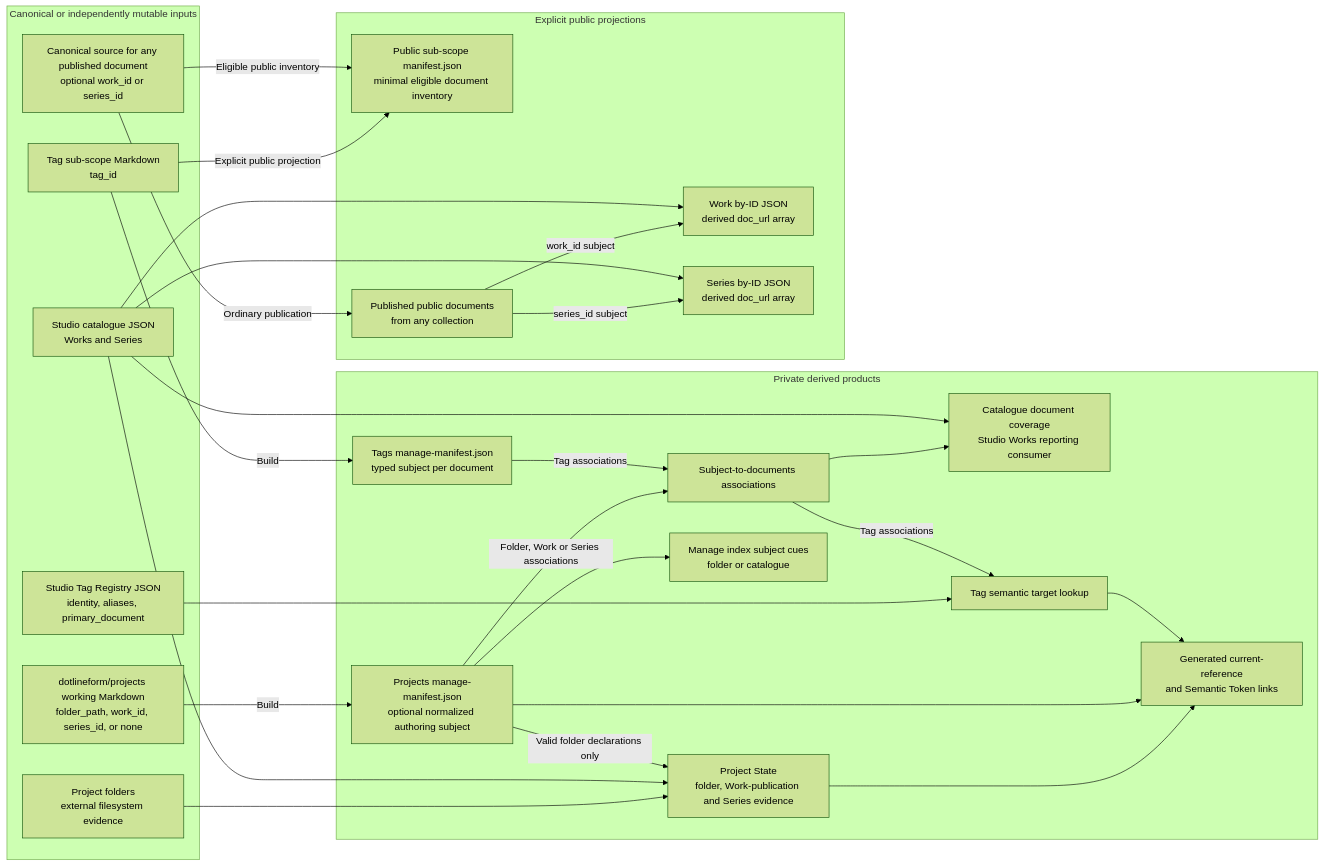
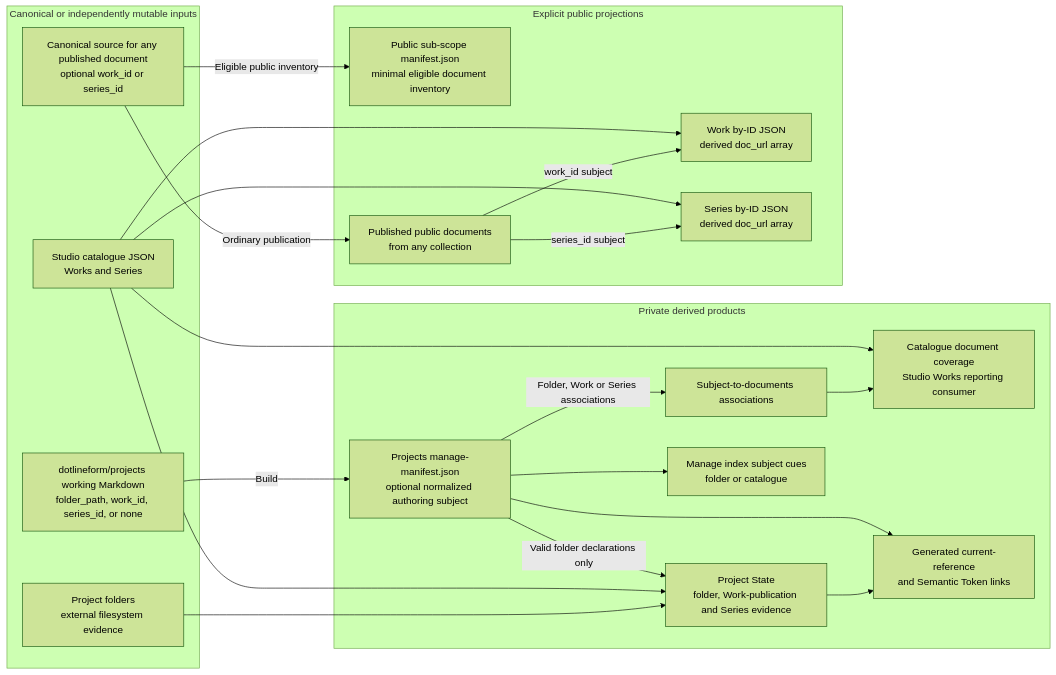
One commit to dotlineform/dotlineform-site changed the first of 2 diagrams in docs-viewer/scopes/studio/source/documents/d-20260802-194358-7717ee.md. Above: the diagram before and after it, drawn with Mermaid (forest theme). The commit also changed other lines of this file and 38 other files, not shown here.

````diff
--- a/docs-viewer/scopes/studio/source/documents/d-20260802-194358-7717ee.md
+++ b/docs-viewer/scopes/studio/source/documents/d-20260802-194358-7717ee.md
@@ -21,55 +21,45 @@
 ```mermaid
 flowchart LR
     accTitle: Sub-Scope Publishing ownership and projection map
     accDescr: Canonical document source, canonical Studio JSON, and external folder evidence feed private manifests and focused products; documents published through ordinary configured workflows enter explicit public projections.
 
     subgraph inputs["Canonical or independently mutable inputs"]
         folders["Project folders<br/>external filesystem evidence"]
         projectDocs["dotlineform/projects working Markdown<br/>folder_path, work_id, series_id, or none"]
-        tagDocs["Tag sub-scope Markdown<br/>tag_id"]
         publicSourceDocs["Canonical source for any published document<br/>optional work_id or series_id"]
         catalogue["Studio catalogue JSON<br/>Works and Series"]
-        registry["Studio Tag Registry JSON<br/>identity, aliases, primary_document"]
     end
 
     subgraph private["Private derived products"]
         projectManifest["Projects manage-manifest.json<br/>optional normalized authoring subject"]
-        tagManifest["Tags manage-manifest.json<br/>typed subject per document"]
         associations["Subject-to-documents associations"]
         projectState["Project State<br/>folder, Work-publication and Series evidence"]
         manageCues["Manage index subject cues<br/>folder or catalogue"]
         coverageReport["Catalogue document coverage<br/>Studio Works reporting consumer"]
-        tagTargets["Tag semantic target lookup"]
         resolved["Generated current-reference<br/>and Semantic Token links"]
     end
 
     subgraph public["Explicit public projections"]
         publicManifest["Public sub-scope manifest.json<br/>minimal eligible document inventory"]
         publishedDocs["Published public documents<br/>from any collection"]
         workPayload["Work by-ID JSON<br/>derived doc_url array"]
         seriesPayload["Series by-ID JSON<br/>derived doc_url array"]
     end
 
     projectDocs -->|"Build"| projectManifest
-    tagDocs -->|"Build"| tagManifest
     projectManifest -->|"Folder, Work or Series associations"| associations
-    tagManifest -->|"Tag associations"| associations
     folders --> projectState
     catalogue --> projectState
     projectManifest -->|"Valid folder declarations only"| projectState
     projectState --> resolved
     projectManifest --> manageCues
     projectManifest --> resolved
     associations --> coverageReport
     catalogue --> coverageReport
-    registry --> tagTargets
-    associations -->|"Tag associations"| tagTargets
-    tagTargets --> resolved
-    tagDocs -->|"Explicit public projection"| publicManifest
     publicSourceDocs -->|"Eligible public inventory"| publicManifest
     publicSourceDocs -->|"Ordinary publication"| publishedDocs
     publishedDocs -->|"work_id subject"| workPayload
     publishedDocs -->|"series_id subject"| seriesPayload
     catalogue --> workPayload
     catalogue --> seriesPayload
 ```
````
